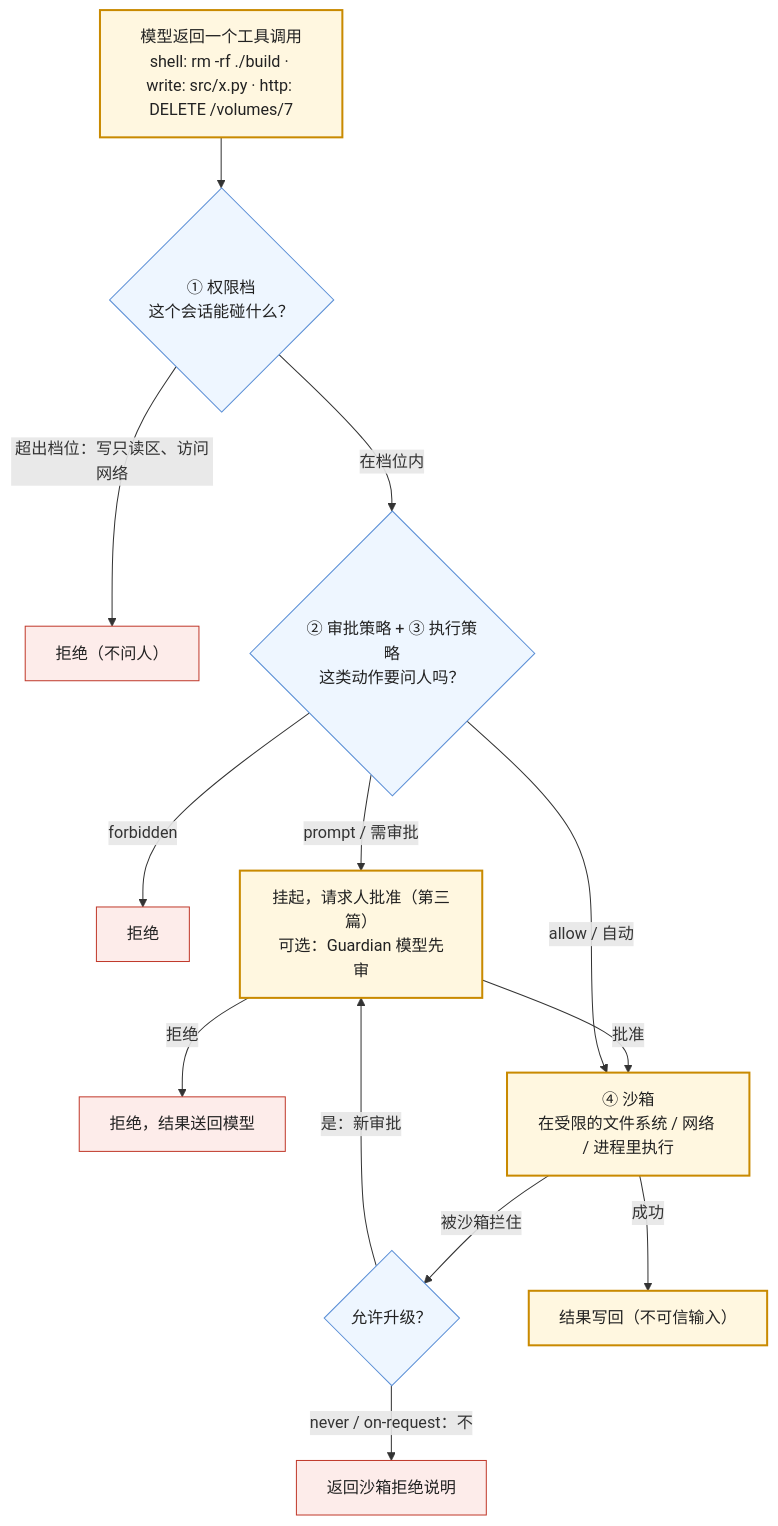
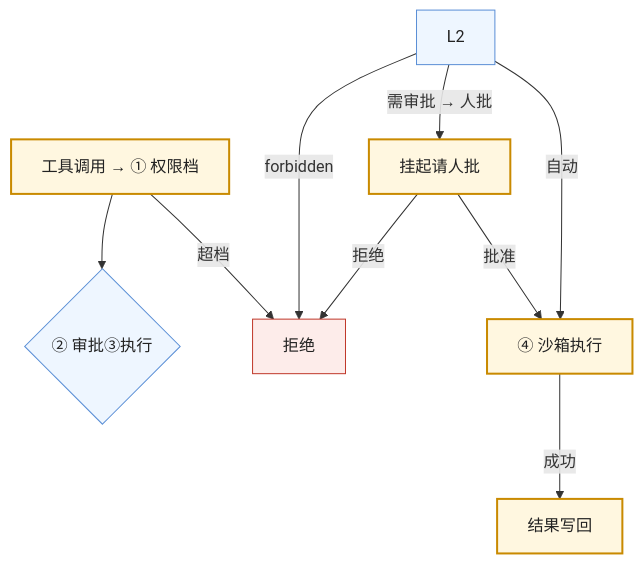
The sixth of 9 diagrams in slides/2026-10-29-agent-and-harness.md (arganzheng/arganzheng.github.com), drawn with Mermaid before and after one commit. The commit also changed other lines of this file, not shown here.

Commit message:
slides/agent-and-harness: cut/shorten mermaid diagrams below 14px rendered text (check-render smalltext/overlap)

````diff
--- a/slides/2026-10-29-agent-and-harness.md
+++ b/slides/2026-10-29-agent-and-harness.md
@@ -201,23 +201,19 @@
 ```mermaid
 %%{init: {"flowchart": {"wrappingWidth": 180}}}%%
 flowchart TB
-    CALL["模型返回一个工具调用<br/>shell: rm -rf ./build · write: src/x.py · http: DELETE /volumes/7"] --> L1{"① 权限档<br/>这个会话能碰什么？"}
-    L1 -->|"超出档位：写只读区、访问网络"| DENY1["拒绝（不问人）"]
-    L1 -->|"在档位内"| L2{"② 审批策略 + ③ 执行策略<br/>这类动作要问人吗？"}
-    L2 -->|"forbidden"| DENY2["拒绝"]
-    L2 -->|"prompt / 需审批"| ASK["挂起，请求人批准（第三篇）<br/>可选：Guardian 模型先审"]
-    ASK -->|"拒绝"| DENY3["拒绝，结果送回模型"]
+    CALL["工具调用 → ① 权限档"] --> L1{"② 审批③执行"}
+    CALL -->|"超档"| DENY["拒绝"]
+    L2 -->|"forbidden"| DENY
+    L2 -->|"需审批 → 人批"| ASK["挂起请人批"]
+    ASK -->|"拒绝"| DENY
     ASK -->|"批准"| SB
-    L2 -->|"allow / 自动"| SB["④ 沙箱<br/>在受限的文件系统 / 网络 / 进程里执行"]
-    SB -->|"被沙箱拦住"| ESC{"允许升级？"}
-    ESC -->|"never / on-request：不"| DENY4["返回沙箱拒绝说明"]
-    ESC -->|"是：新审批"| ASK
-    SB -->|"成功"| OUT["结果写回（不可信输入）"]
+    L2 -->|"自动"| SB["④ 沙箱执行"]
+    SB -->|"成功"| OUT["结果写回"]
 
     classDef step fill:#fff7e0,stroke:#c98a00,stroke-width:2px,color:#222
     classDef dec fill:#eef6ff,stroke:#5b8fd6,color:#222
     classDef deny fill:#fdecea,stroke:#c0392b,color:#222
     class CALL,ASK,SB,OUT step
-    class L1,L2,ESC dec
-    class DENY1,DENY2,DENY3,DENY4 deny
+    class L1,L2 dec
+    class DENY deny
 ```
````
